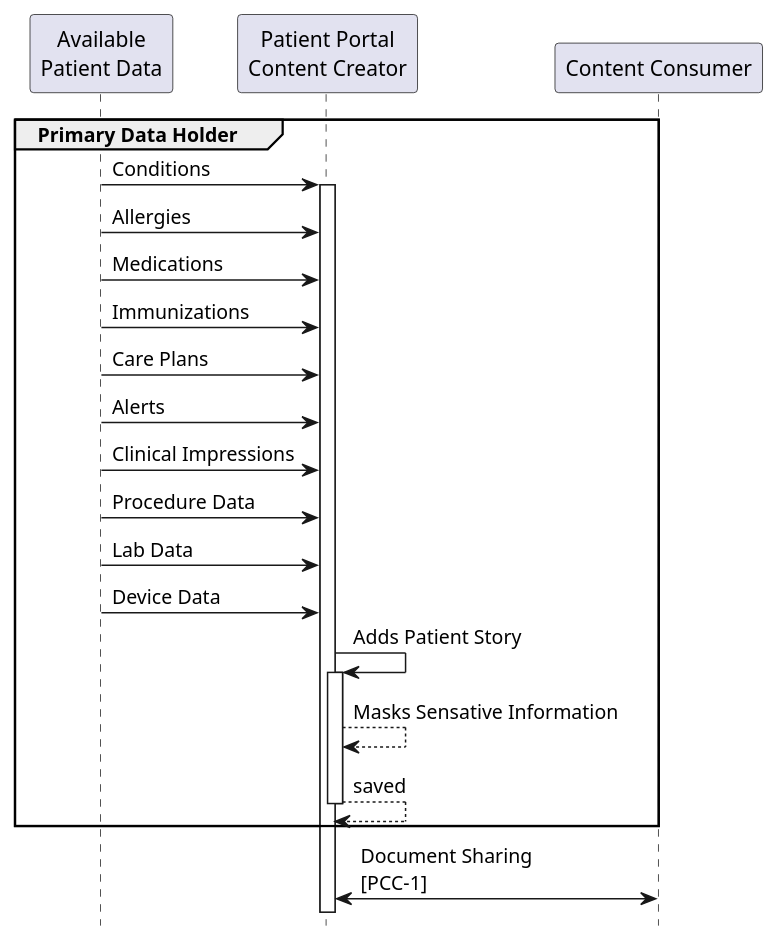
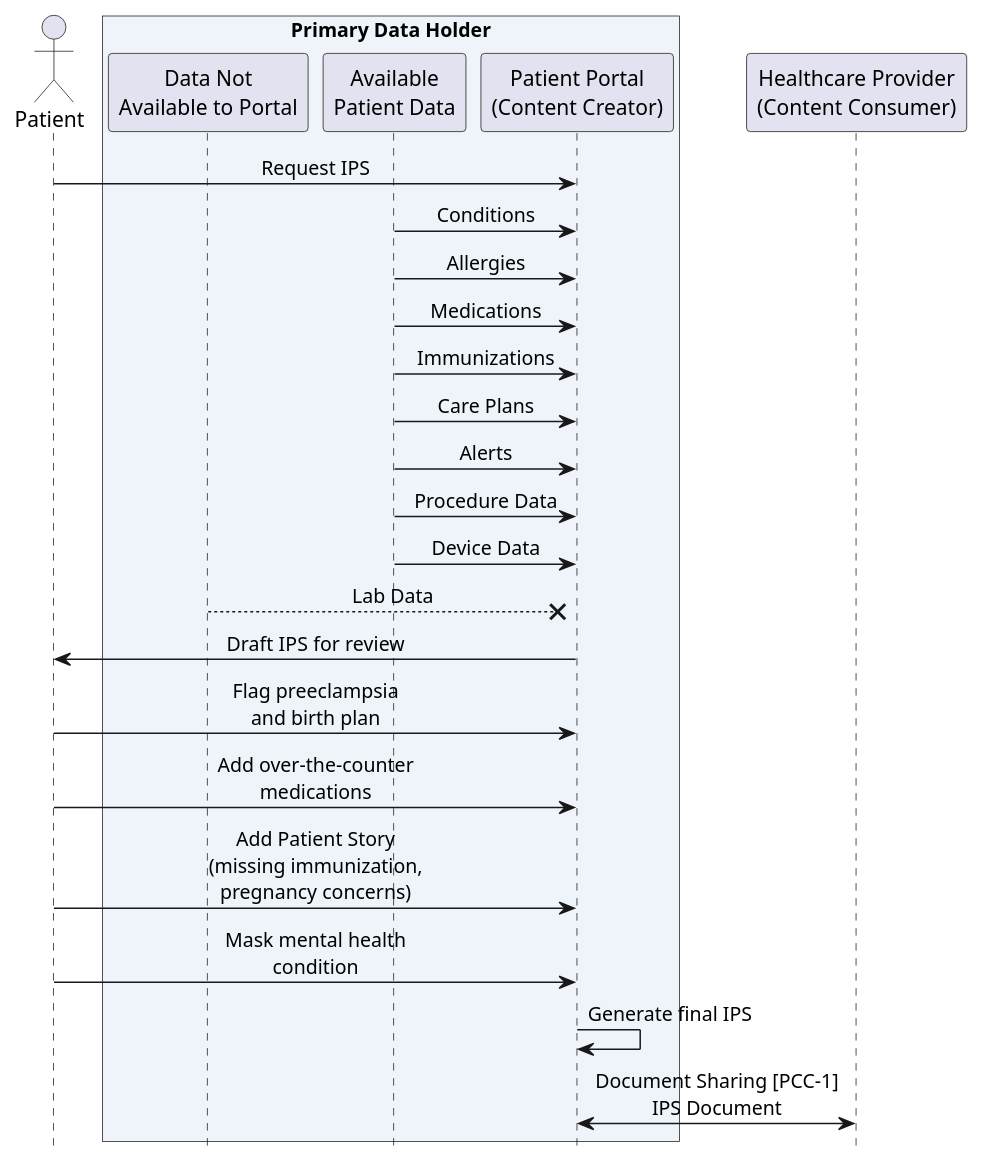
One commit to IHE/PCC.FIIO changed the diagram in input/images-source/ips-usecase4-processflow.plantuml. Above: the diagram before and after it, drawn with PlantUML. The commit also changed 33 other files, not shown here.

```diff
--- a/input/images-source/ips-usecase4-processflow.plantuml
+++ b/input/images-source/ips-usecase4-processflow.plantuml
@@ -1,29 +1,33 @@
 @startuml
 skinparam svgDimensionStyle false
+skinparam shadowing false
+skinparam defaultFontName Arial
+skinparam sequenceMessageAlign center
 hide footbox
 
-group Primary Data Holder
-participant "Available\nPatient Data" as apd 
-participant "Patient Portal\nContent Creator" as pptp
- 
+actor "Patient" as pt
+box "Primary Data Holder" #EEF4FA
+participant "Data Not\nAvailable to Portal" as nap
+participant "Available\nPatient Data" as apd
+participant "Patient Portal\n(Content Creator)" as portal
+end box
+participant "Healthcare Provider\n(Content Consumer)" as cc2
 
-apd -> pptp ++ : Conditions
-apd -> pptp : Allergies
-apd -> pptp : Medications
-apd -> pptp : Immunizations
-apd -> pptp : Care Plans
-apd -> pptp : Alerts
-apd -> pptp : Clinical Impressions
-apd -> pptp : Procedure Data
-apd -> pptp : Lab Data
-apd -> pptp : Device Data
-
-pptp -> pptp ++ : Adds Patient Story
-pptp --> pptp : Masks Sensative Information
-return saved 
-end 
-
-participant "Content Consumer" as cc2 
-pptp <-> cc2 : Document Sharing\n[PCC-1]
-
+pt -> portal : Request IPS
+apd -> portal : Conditions
+apd -> portal : Allergies
+apd -> portal : Medications
+apd -> portal : Immunizations
+apd -> portal : Care Plans
+apd -> portal : Alerts
+apd -> portal : Procedure Data
+apd -> portal : Device Data
+nap -->x portal : Lab Data
+portal -> pt : Draft IPS for review
+pt -> portal : Flag preeclampsia\nand birth plan
+pt -> portal : Add over-the-counter\nmedications
+pt -> portal : Add Patient Story\n(missing immunization,\npregnancy concerns)
+pt -> portal : Mask mental health\ncondition
+portal -> portal : Generate final IPS
+portal <-> cc2 : Document Sharing [PCC-1]\nIPS Document
 @enduml
```
